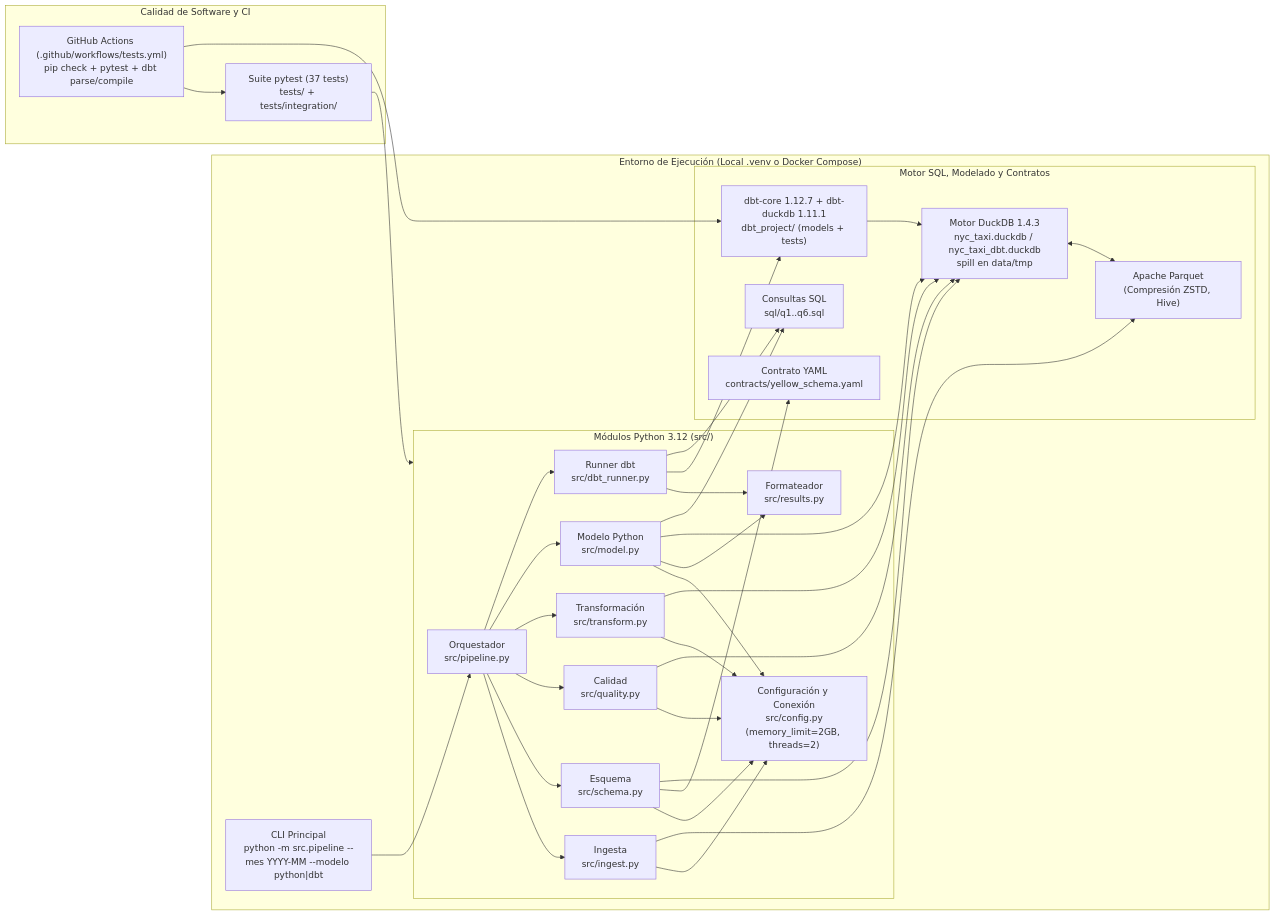
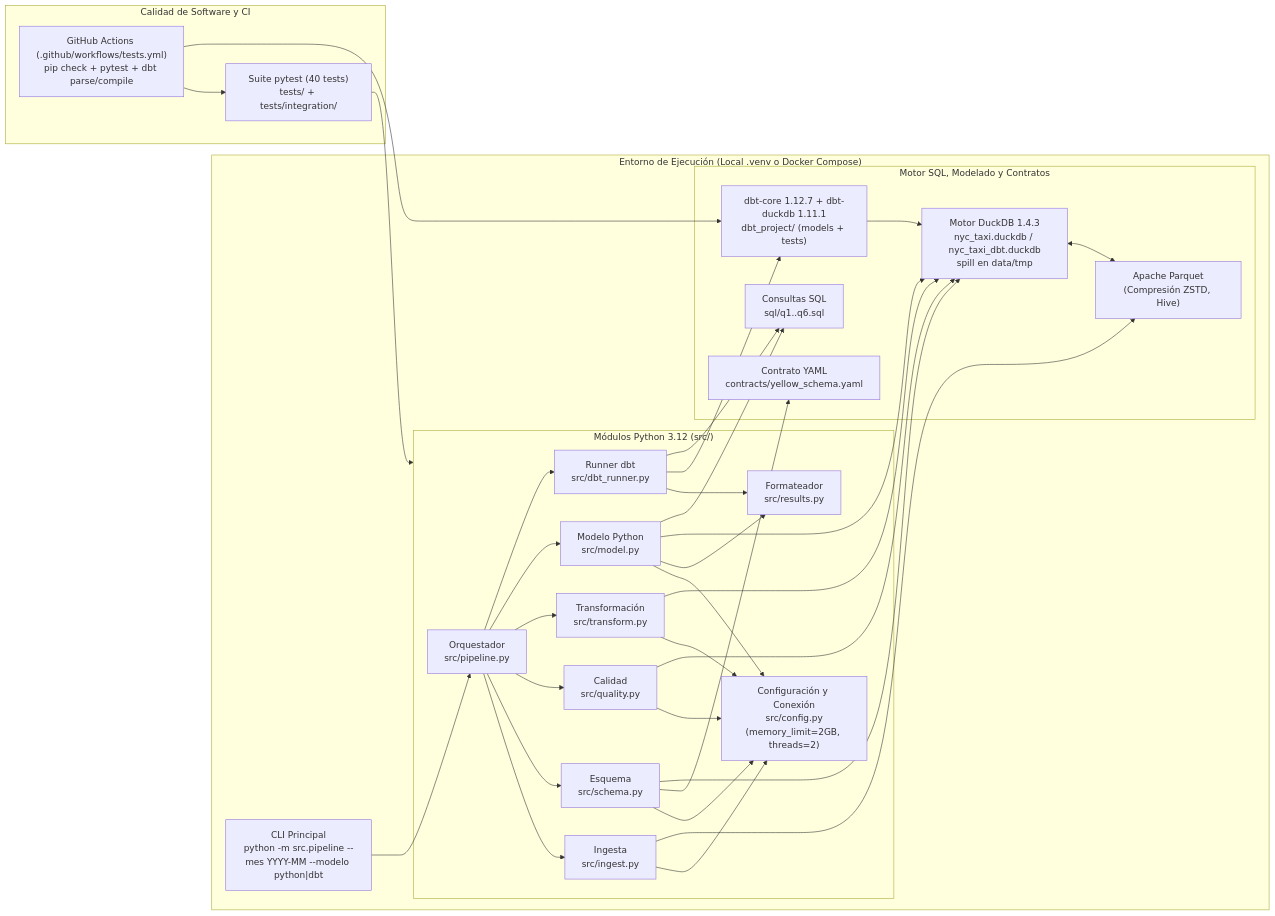
One commit to victormanuellibran/examen_Taxis changed the second of 4 diagrams in README.md. Above: the diagram before and after it, drawn with Mermaid. The commit also changed other lines of this file and 11 other files, not shown here.

````diff
--- a/README.md
+++ b/README.md
@@ -156,44 +157,44 @@
 ```mermaid
 flowchart LR
     subgraph EXEC["Entorno de Ejecución (Local .venv o Docker Compose)"]
         CLI["CLI Principal\npython -m src.pipeline --mes YYYY-MM --modelo python|dbt"]
 
         subgraph PY["Módulos Python 3.12 (src/)"]
             PIPE["Orquestador\nsrc/pipeline.py"]
             CFG["Configuración y Conexión\nsrc/config.py\n(memory_limit=2GB, threads=2)"]
             ING["Ingesta\nsrc/ingest.py"]
             SCH["Esquema\nsrc/schema.py"]
             QUA["Calidad\nsrc/quality.py"]
             TRN["Transformación\nsrc/transform.py"]
             MOD["Modelo Python\nsrc/model.py"]
             DBTR["Runner dbt\nsrc/dbt_runner.py"]
             RESM["Formateador\nsrc/results.py"]
         end
 
         subgraph DATA_ENG["Motor SQL, Modelado y Contratos"]
             CONT["Contrato YAML\ncontracts/yellow_schema.yaml"]
             PARQ["Apache Parquet\n(Compresión ZSTD, Hive)"]
             DUCK["Motor DuckDB 1.4.3\nnyc_taxi.duckdb / nyc_taxi_dbt.duckdb\nspill en data/tmp"]
             DBTP["dbt-core 1.12.7 + dbt-duckdb 1.11.1\ndbt_project/ (models + tests)"]
             SQL["Consultas SQL\nsql/q1..q6.sql"]
         end
     end
 
     subgraph QA_CI["Calidad de Software y CI"]
-        PYT["Suite pytest (37 tests)\ntests/ + tests/integration/"]
+        PYT["Suite pytest (40 tests)\ntests/ + tests/integration/"]
         GHA["GitHub Actions (.github/workflows/tests.yml)\npip check + pytest + dbt parse/compile"]
     end
 
     CLI --> PIPE
     PIPE --> ING & SCH & QUA & TRN & MOD & DBTR
     ING & SCH & QUA & TRN & MOD --> CFG
     MOD & DBTR --> RESM
     SCH --> CONT
     ING --> PARQ
     SCH & QUA & TRN & MOD --> DUCK
     DBTR --> DBTP --> DUCK
     DUCK <--> PARQ
     MOD & DBTR --> SQL
     PYT --> PY
     GHA --> PYT & DBTP
 ```
````
